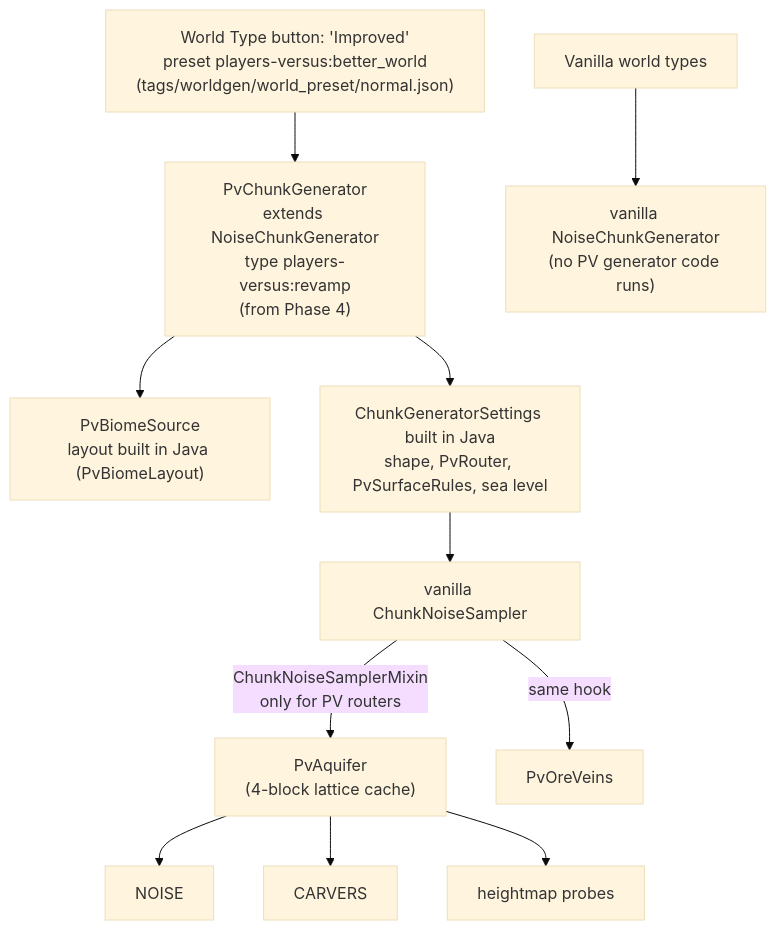
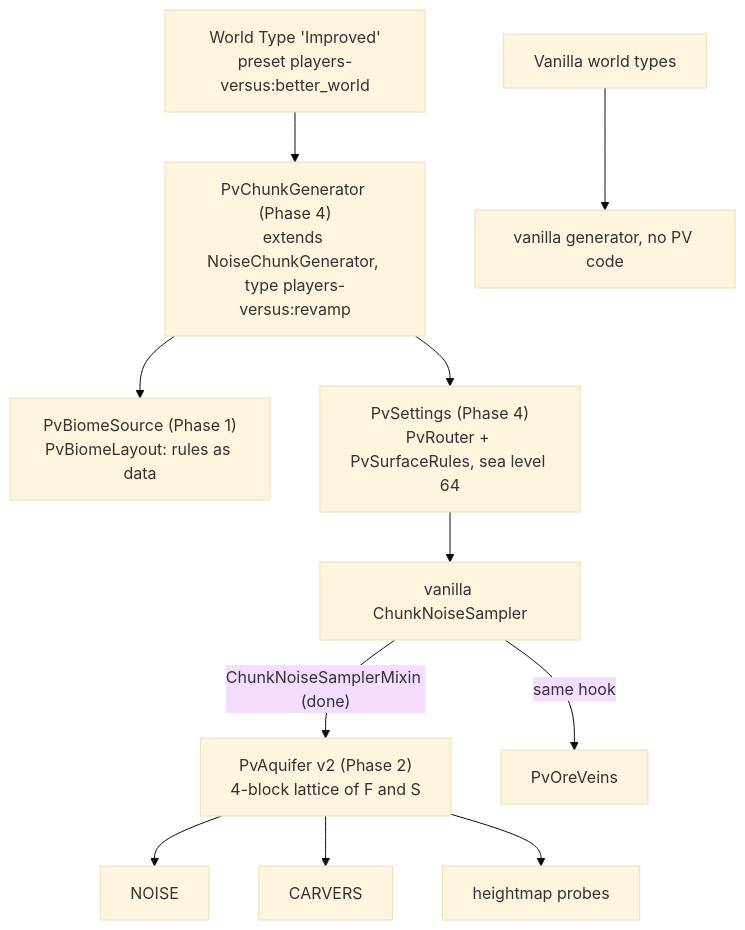
Before and after one commit to L-Apostrophe-Ecuyer/JavaMC-PlayersVersus: the second of 2 diagrams in docs/worldgen-refactor-plan.md, drawn with Mermaid (base theme). The commit also changed other lines of this file and 2 other files, not shown here.

````diff
--- a/docs/worldgen-refactor-plan.md
+++ b/docs/worldgen-refactor-plan.md
@@ -265,13 +198,13 @@
 ```mermaid
 flowchart TD
-    WT["World Type button: 'Improved'<br/>preset players-versus:better_world<br/>(tags/worldgen/world_preset/normal.json)"] --> GEN["PvChunkGenerator<br/>extends NoiseChunkGenerator<br/>type players-versus:revamp<br/>(from Phase 4)"]
-    GEN --> BS["PvBiomeSource<br/>layout built in Java (PvBiomeLayout)"]
-    GEN --> SET["ChunkGeneratorSettings built in Java<br/>shape, PvRouter, PvSurfaceRules, sea level"]
+    WT["World Type 'Improved'<br/>preset players-versus:better_world"] --> GEN["PvChunkGenerator (Phase 4)<br/>extends NoiseChunkGenerator, type players-versus:revamp"]
+    GEN --> BS["PvBiomeSource (Phase 1)<br/>PvBiomeLayout: rules as data"]
+    GEN --> SET["PvSettings (Phase 4)<br/>PvRouter + PvSurfaceRules, sea level 64"]
     SET --> CNS["vanilla ChunkNoiseSampler"]
-    CNS -->|"ChunkNoiseSamplerMixin<br/>only for PV routers"| AQ["PvAquifer<br/>(4-block lattice cache)"]
+    CNS -->|"ChunkNoiseSamplerMixin (done)"| AQ["PvAquifer v2 (Phase 2)<br/>4-block lattice of F and S"]
     CNS -->|"same hook"| ORE["PvOreVeins"]
     AQ --> NOISE["NOISE"]
     AQ --> CARV["CARVERS"]
     AQ --> HM["heightmap probes"]
-    VAN["Vanilla world types"] --> VGEN["vanilla NoiseChunkGenerator<br/>(no PV generator code runs)"]
+    VAN["Vanilla world types"] --> VGEN["vanilla generator, no PV code"]
 ```
````
